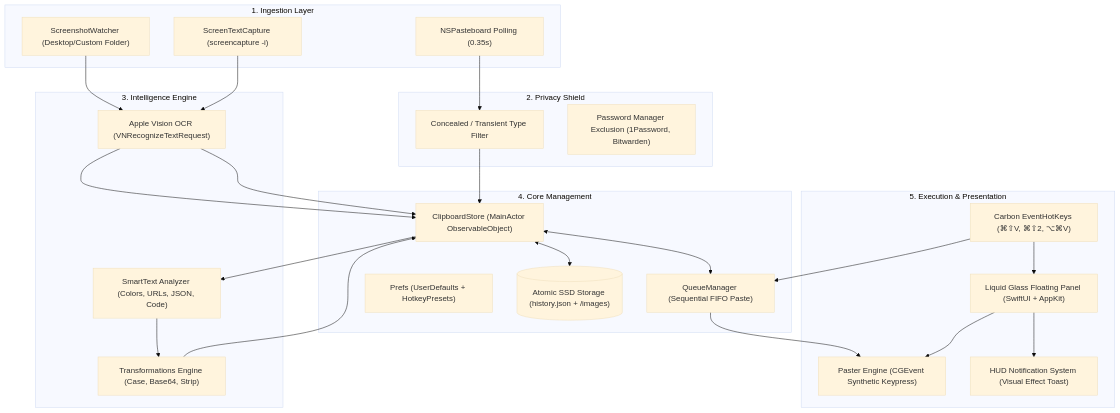
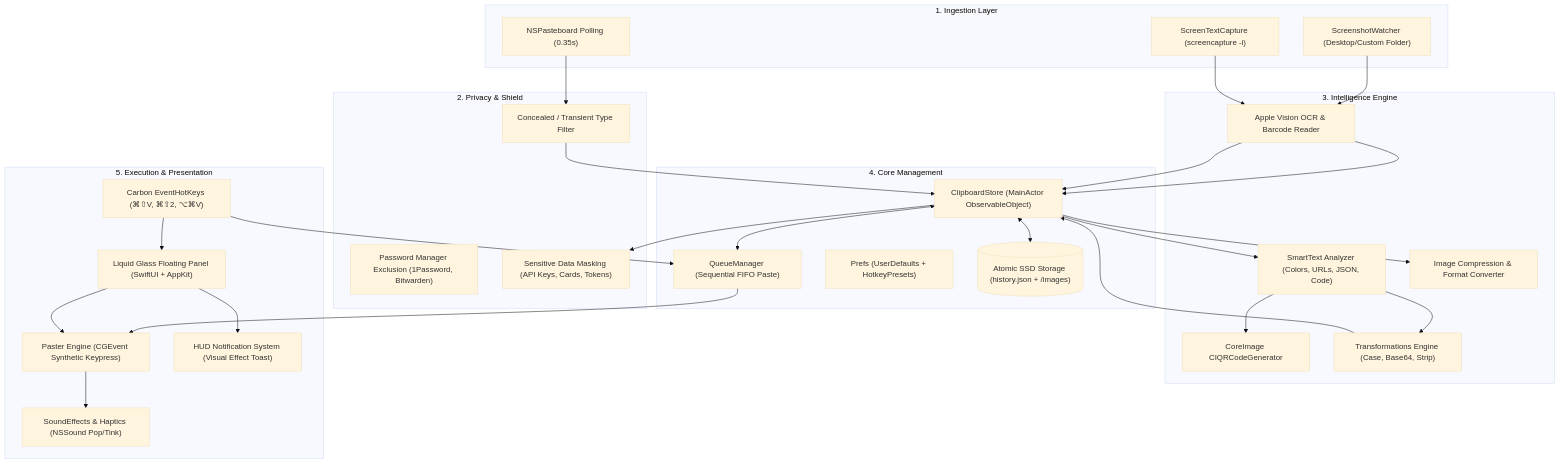
One commit to batmandevx/smart-clipboard-mac changed the first of 2 diagrams in README.md. Above: the diagram before and after it, drawn with Mermaid (base theme). The commit also changed other lines of this file and 11 other files, not shown here.

Commit message:
feat: add QR generator/scanner, permanent snippets, sensitive data masking, image compression, merge clips & audio feedback

````diff
--- a/README.md
+++ b/README.md
@@ -96,47 +125,55 @@
 ```mermaid
 flowchart TD
     subgraph Inputs ["1. Ingestion Layer"]
         PB["NSPasteboard Polling (0.35s)"]
         SW["ScreenshotWatcher (Desktop/Custom Folder)"]
         SE["ScreenTextCapture (screencapture -i)"]
     end
 
-    subgraph Security ["2. Privacy Shield"]
+    subgraph Security ["2. Privacy & Shield"]
         PM["Concealed / Transient Type Filter"]
         PWD["Password Manager Exclusion (1Password, Bitwarden)"]
+        MASK["Sensitive Data Masking (API Keys, Cards, Tokens)"]
     end
 
     subgraph Intelligence ["3. Intelligence Engine"]
-        VIS["Apple Vision OCR (VNRecognizeTextRequest)"]
+        VIS["Apple Vision OCR & Barcode Reader"]
+        QR_GEN["CoreImage CIQRCodeGenerator"]
         SMT["SmartText Analyzer (Colors, URLs, JSON, Code)"]
+        COMP["Image Compression & Format Converter"]
         TRF["Transformations Engine (Case, Base64, Strip)"]
     end
 
     subgraph Core ["4. Core Management"]
         CS["ClipboardStore (MainActor ObservableObject)"]
         QM["QueueManager (Sequential FIFO Paste)"]
         PR["Prefs (UserDefaults + HotkeyPresets)"]
         DB[("Atomic SSD Storage (history.json + /images)")]
     end
 
     subgraph Output ["5. Execution & Presentation"]
         HK["Carbon EventHotKeys (⌘⇧V, ⌘⇧2, ⌥⌘V)"]
         AX["Paster Engine (CGEvent Synthetic Keypress)"]
+        SND["SoundEffects & Haptics (NSSound Pop/Tink)"]
         HUD_UI["HUD Notification System (Visual Effect Toast)"]
         UI["Liquid Glass Floating Panel (SwiftUI + AppKit)"]
     end
 
     PB --> PM --> CS
     SW --> VIS --> CS
     SE --> VIS --> CS
+    CS --> MASK
     CS --> SMT
     SMT --> TRF
+    SMT --> QR_GEN
+    CS --> COMP
     CS <--> DB
     CS <--> QM
     HK --> UI
     HK --> QM
     QM --> AX
     UI --> AX
+    AX --> SND
     UI --> HUD_UI
     TRF --> CS
 ```
````
